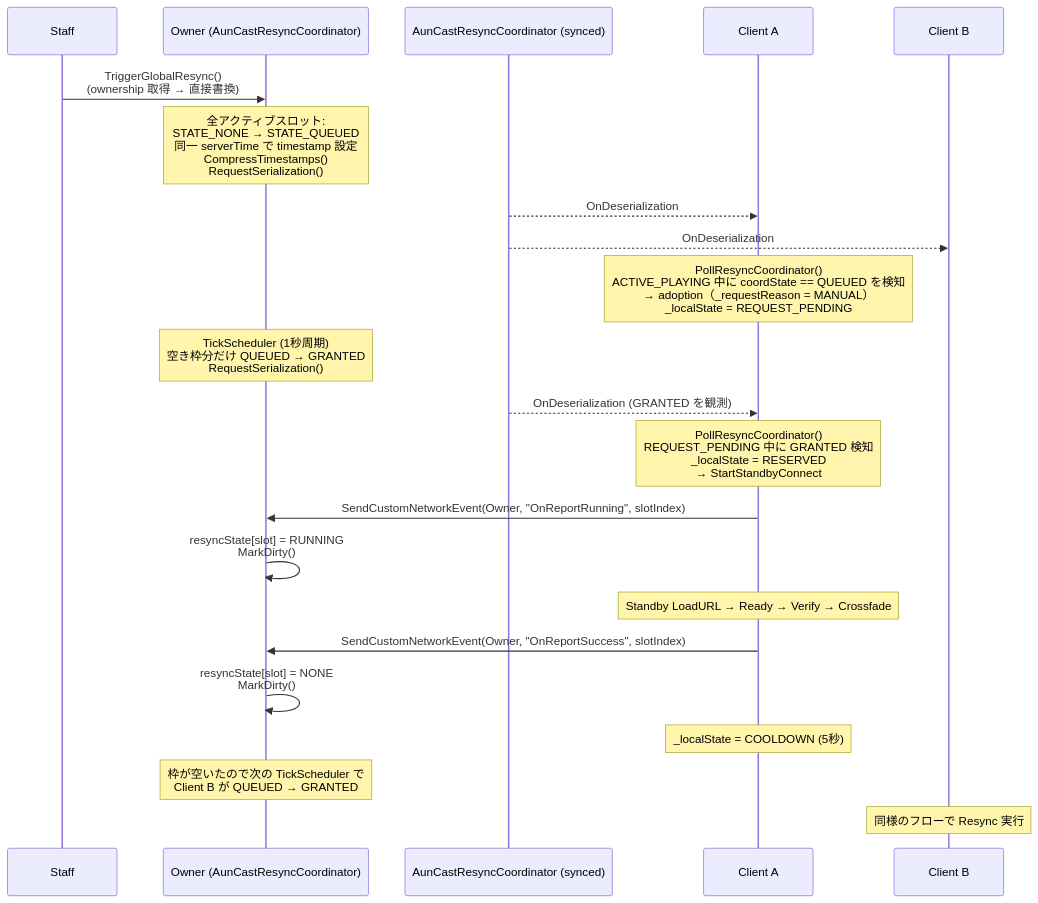
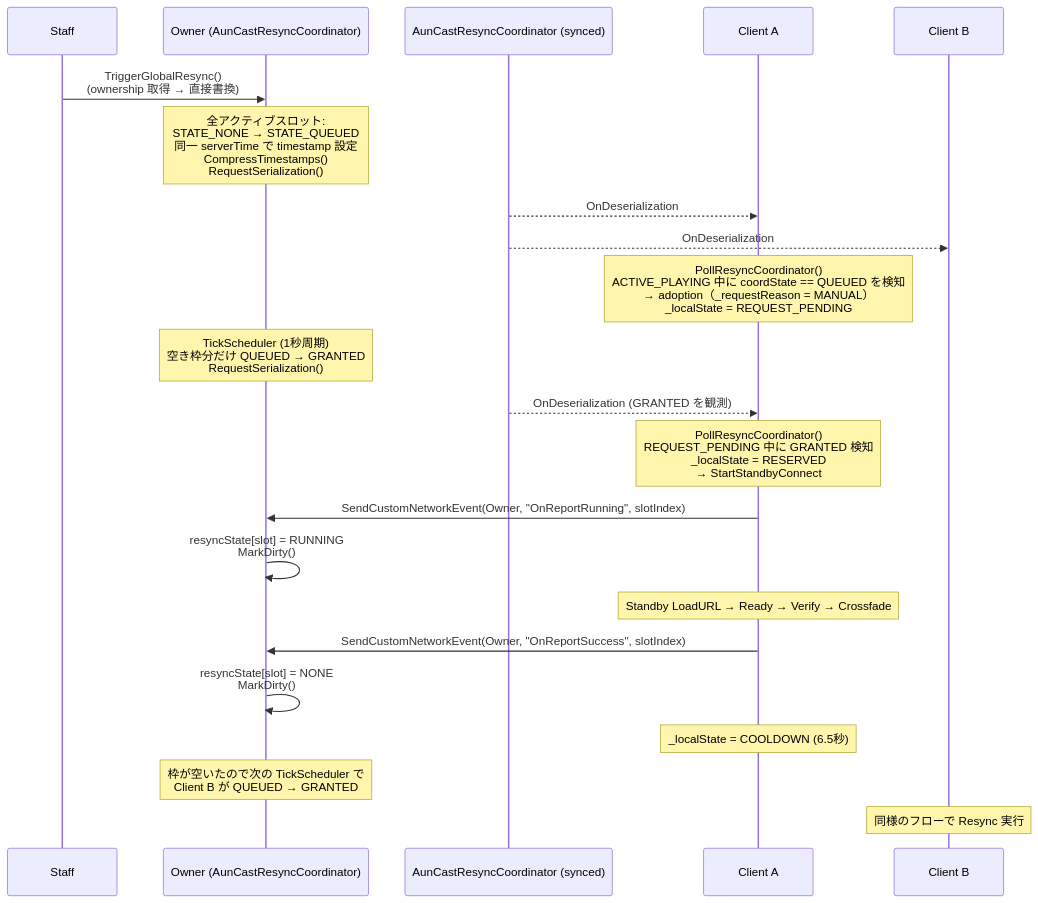
The third of 6 diagrams in Docs/Resync-Owner-Centric-Sequences.md (pasocommate/AunCast), drawn with Mermaid before and after one commit. The commit also changed other lines of this file and 15 other files, not shown here.

````diff
--- a/Docs/Resync-Owner-Centric-Sequences.md
+++ b/Docs/Resync-Owner-Centric-Sequences.md
@@ -61,33 +61,33 @@
 ```mermaid
 sequenceDiagram
     participant S as Staff
     participant O as Owner (AunCastResyncCoordinator)
     participant R as AunCastResyncCoordinator (synced)
     participant C1 as Client A
     participant C2 as Client B
 
     S->>O: TriggerGlobalResync()<br/>(ownership 取得 → 直接書換)
     Note over O: 全アクティブスロット:<br/>STATE_NONE → STATE_QUEUED<br/>同一 serverTime で timestamp 設定<br/>CompressTimestamps()<br/>RequestSerialization()
 
     R-->>C1: OnDeserialization
     R-->>C2: OnDeserialization
 
     Note over C1: PollResyncCoordinator()<br/>ACTIVE_PLAYING 中に coordState == QUEUED を検知<br/>→ adoption（_requestReason = MANUAL）<br/>_localState = REQUEST_PENDING
 
     Note over O: TickScheduler (1秒周期)<br/>空き枠分だけ QUEUED → GRANTED<br/>RequestSerialization()
 
     R-->>C1: OnDeserialization (GRANTED を観測)
     Note over C1: PollResyncCoordinator()<br/>REQUEST_PENDING 中に GRANTED 検知<br/>_localState = RESERVED<br/>→ StartStandbyConnect
 
     C1->>O: SendCustomNetworkEvent(Owner, "OnReportRunning", slotIndex)
     O->>O: resyncState[slot] = RUNNING<br/>MarkDirty()
 
     Note over C1: Standby LoadURL → Ready → Verify → Crossfade
 
     C1->>O: SendCustomNetworkEvent(Owner, "OnReportSuccess", slotIndex)
     O->>O: resyncState[slot] = NONE<br/>MarkDirty()
-    Note over C1: _localState = COOLDOWN (5秒)
+    Note over C1: _localState = COOLDOWN (6.5秒)
 
     Note over O: 枠が空いたので次の TickScheduler で<br/>Client B が QUEUED → GRANTED
     Note over C2: 同様のフローで Resync 実行
 ```
````
